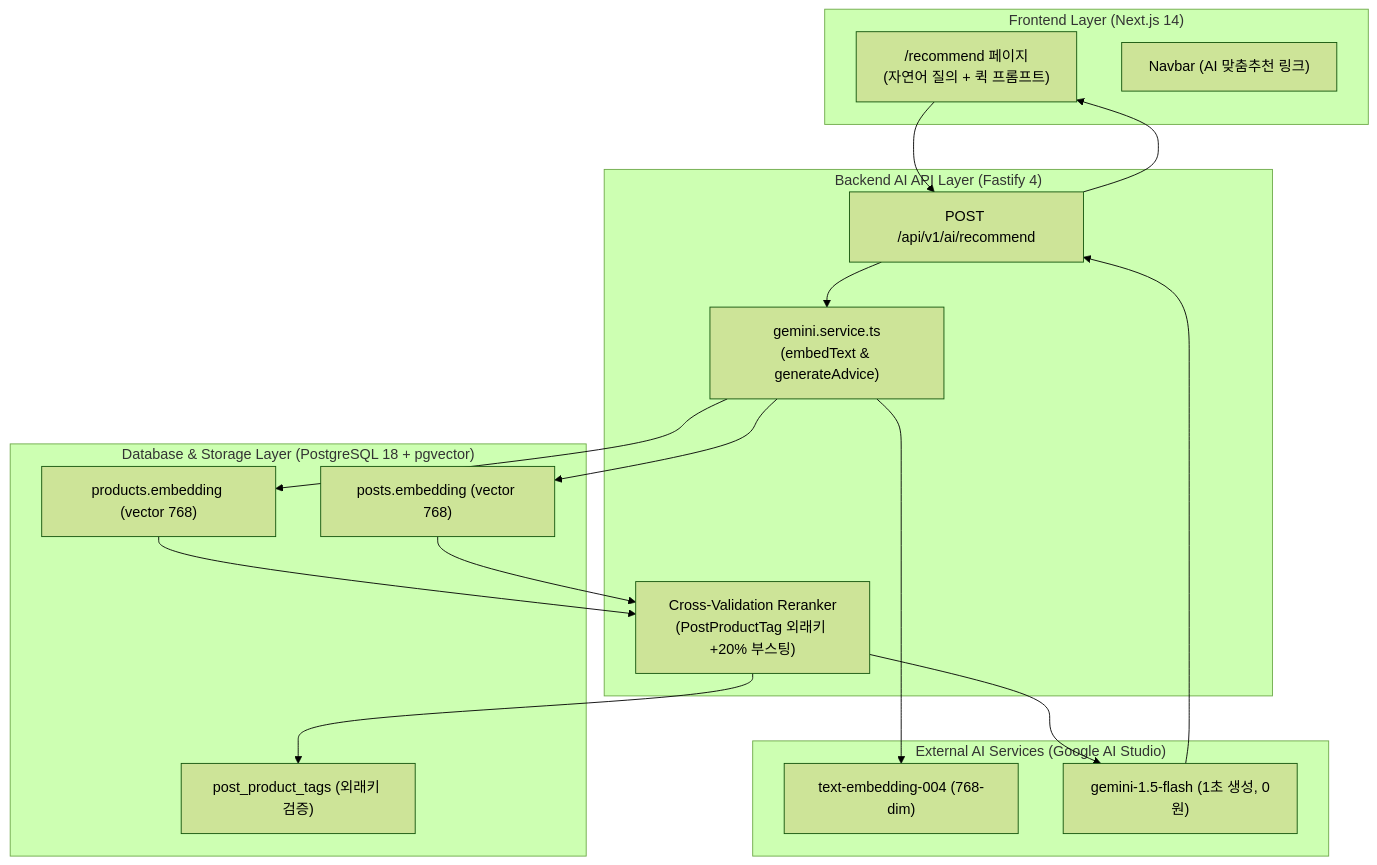
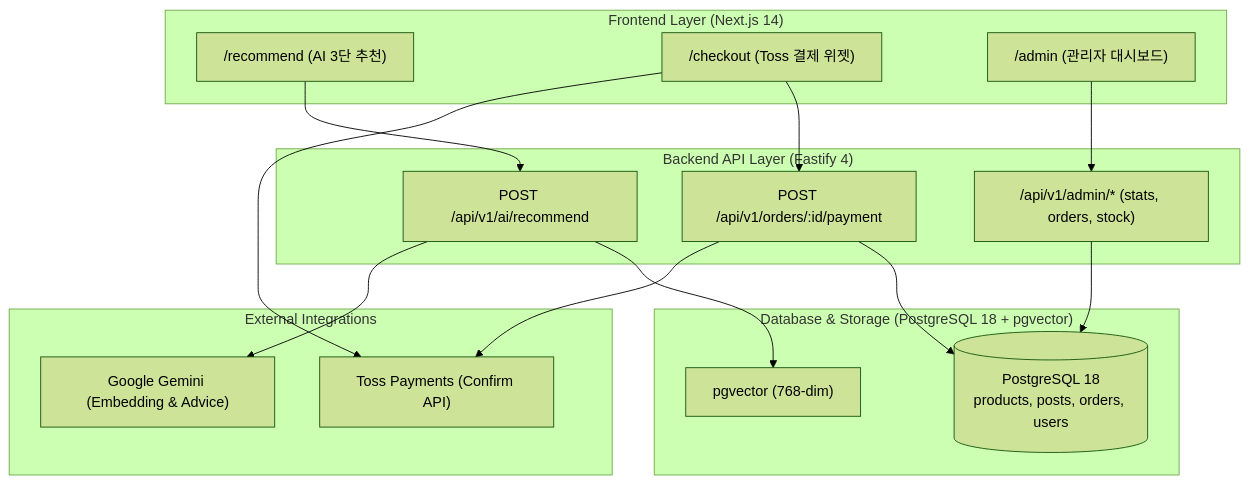
Before and after one commit to ddadadu/FittersSweat: the diagram in docs/superpowers/plans/2026-09-14-week-4-gemini-rag-recommendation.md, drawn with Mermaid (forest theme). The commit also changed other lines of this file and 1 other file, not shown here.

Commit message:
docs: expand Week 4 plan with Toss payments real integration and admin dashboard

````diff
--- a/docs/superpowers/plans/2026-09-14-week-4-gemini-rag-recommendation.md
+++ b/docs/superpowers/plans/2026-09-14-week-4-gemini-rag-recommendation.md
@@ -11,35 +14,31 @@
 ```mermaid
 graph TD
     subgraph "Frontend Layer (Next.js 14)"
-        UI["/recommend 페이지<br>(자연어 질의 + 퀵 프롬프트)"]
-        Nav["Navbar (AI 맞춤추천 링크)"]
+        RecommendUI["/recommend (AI 3단 추천)"]
+        CheckoutUI["/checkout (Toss 결제 위젯)"]
+        AdminUI["/admin (관리자 대시보드)"]
     end
 
-    subgraph "Backend AI API Layer (Fastify 4)"
-        Route["POST /api/v1/ai/recommend"]
-        GeminiService["gemini.service.ts<br>(embedText & generateAdvice)"]
-        Reranker["Cross-Validation Reranker<br>(PostProductTag 외래키 +20% 부스팅)"]
+    subgraph "Backend API Layer (Fastify 4)"
+        AIRoute["POST /api/v1/ai/recommend"]
+        OrderRoute["POST /api/v1/orders/:id/payment"]
+        AdminRoute["/api/v1/admin/* (stats, orders, stock)"]
     end
 
-    subgraph "Database & Storage Layer (PostgreSQL 18 + pgvector)"
-        ProdVec["products.embedding (vector 768)"]
-        PostVec["posts.embedding (vector 768)"]
-        FKTag["post_product_tags (외래키 검증)"]
+    subgraph "Database & Storage (PostgreSQL 18 + pgvector)"
+        DB[("PostgreSQL 18<br>products, posts, orders, users")]
+        VecCol["pgvector (768-dim)"]
     end
 
-    subgraph "External AI Services (Google AI Studio)"
-        EmbedAPI["text-embedding-004 (768-dim)"]
-        GenAPI["gemini-1.5-flash (1초 생성, 0원)"]
+    subgraph "External Integrations"
+        Gemini["Google Gemini (Embedding & Advice)"]
+        Toss["Toss Payments (Confirm API)"]
     end
 
-    UI --> Route
-    Route --> GeminiService
-    GeminiService --> EmbedAPI
-    GeminiService --> ProdVec
-    GeminiService --> PostVec
-    ProdVec & PostVec --> Reranker
-    Reranker --> FKTag
-    Reranker --> GenAPI
-    GenAPI --> Route
-    Route --> UI
+    RecommendUI --> AIRoute --> Gemini
+    AIRoute --> VecCol
+    CheckoutUI --> Toss
+    CheckoutUI --> OrderRoute --> Toss
+    OrderRoute --> DB
+    AdminUI --> AdminRoute --> DB
 ```
````
